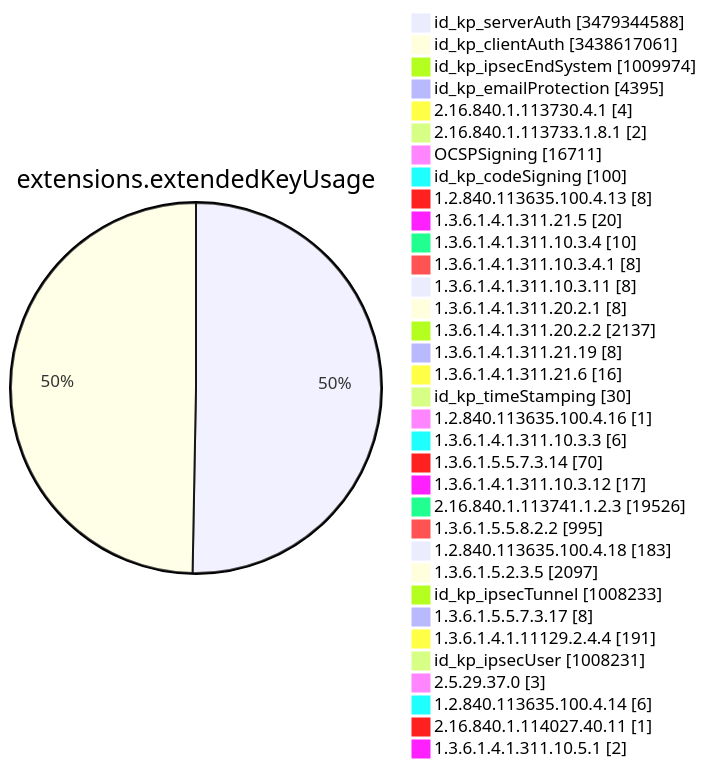
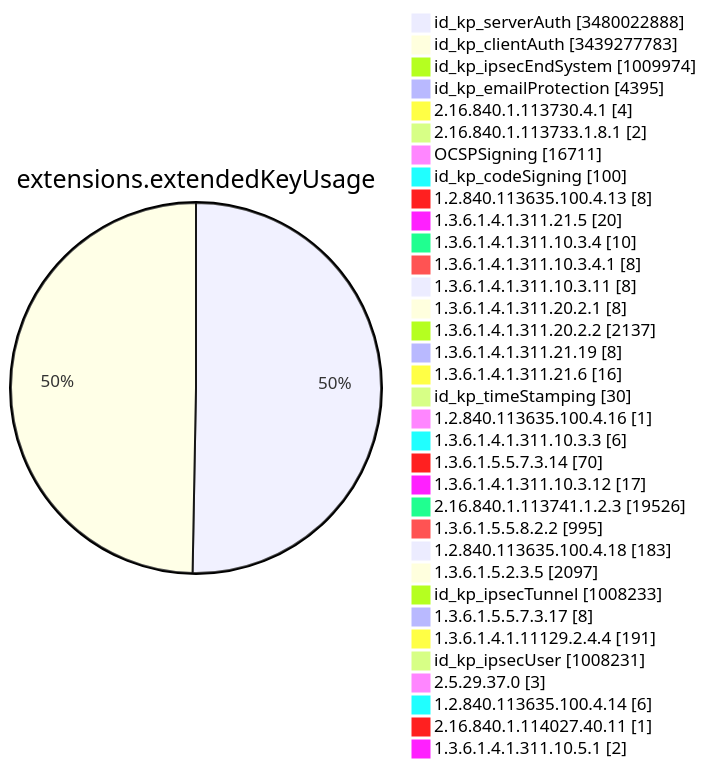
Diagram 11 of 15 in TOTAL/README.md (christiankrug/ctmonitor_visualization), drawn with Mermaid before and after one commit. The commit also changed other lines of this file, not shown here.

````diff
--- a/TOTAL/README.md
+++ b/TOTAL/README.md
@@ -4123,38 +4123,38 @@
 ```mermaid
 pie showData
 title extensions.extendedKeyUsage
-"id_kp_serverAuth" :3479344588
-"id_kp_clientAuth" :3438617061
+"id_kp_serverAuth" :3480022888
+"id_kp_clientAuth" :3439277783
 "id_kp_ipsecEndSystem" :1009974
 "id_kp_emailProtection" :4395
 "2.16.840.1.113730.4.1" :4
 "2.16.840.1.113733.1.8.1" :2
 "OCSPSigning" :16711
 "id_kp_codeSigning" :100
 "1.2.840.113635.100.4.13" :8
 "1.3.6.1.4.1.311.21.5" :20
 "1.3.6.1.4.1.311.10.3.4" :10
 "1.3.6.1.4.1.311.10.3.4.1" :8
 "1.3.6.1.4.1.311.10.3.11" :8
 "1.3.6.1.4.1.311.20.2.1" :8
 "1.3.6.1.4.1.311.20.2.2" :2137
 "1.3.6.1.4.1.311.21.19" :8
 "1.3.6.1.4.1.311.21.6" :16
 "id_kp_timeStamping" :30
 "1.2.840.113635.100.4.16" :1
 "1.3.6.1.4.1.311.10.3.3" :6
 "1.3.6.1.5.5.7.3.14" :70
 "1.3.6.1.4.1.311.10.3.12" :17
 "2.16.840.1.113741.1.2.3" :19526
 "1.3.6.1.5.5.8.2.2" :995
 "1.2.840.113635.100.4.18" :183
 "1.3.6.1.5.2.3.5" :2097
 "id_kp_ipsecTunnel" :1008233
 "1.3.6.1.5.5.7.3.17" :8
 "1.3.6.1.4.1.11129.2.4.4" :191
 "id_kp_ipsecUser" :1008231
 "2.5.29.37.0" :3
 "1.2.840.113635.100.4.14" :6
 "2.16.840.1.114027.40.11" :1
 "1.3.6.1.4.1.311.10.5.1" :2
 ```
````
